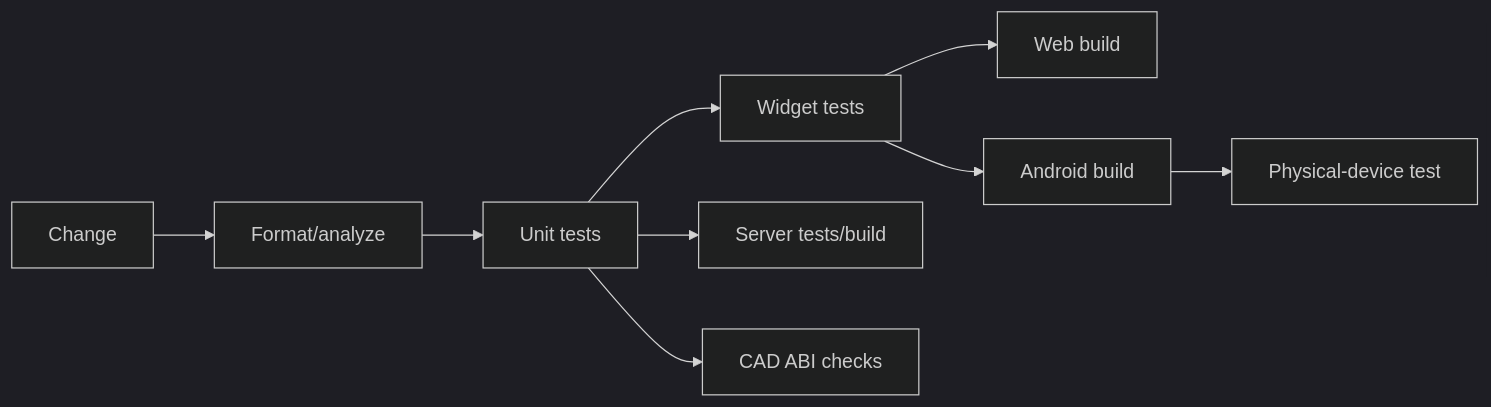
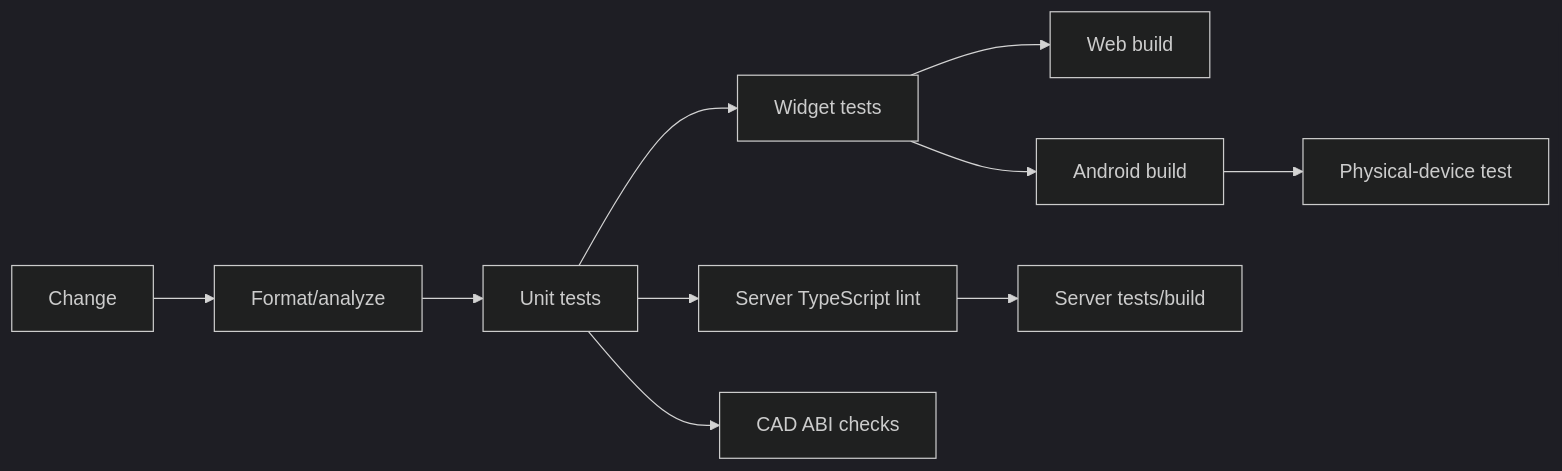
One commit to Omatsulijoshua/CADPILOT-AI changed the seventh of 10 diagrams in README.md. Above: the diagram before and after it, drawn with Mermaid (dark theme). The commit also changed other lines of this file and 5 other files, not shown here.

Commit message:
Activate backend TypeScript linting

````diff
--- a/README.md
+++ b/README.md
@@ -353,11 +354,12 @@
 ```mermaid
 flowchart LR
     CHANGE["Change"] --> FORMAT["Format/analyze"]
     FORMAT --> UNIT["Unit tests"]
     UNIT --> WIDGET["Widget tests"]
     WIDGET --> WEB["Web build"]
     WIDGET --> ANDROID["Android build"]
-    UNIT --> SERVER["Server tests/build"]
+    UNIT --> LINT["Server TypeScript lint"]
+    LINT --> SERVER["Server tests/build"]
     UNIT --> ABI["CAD ABI checks"]
     ANDROID --> DEVICE["Physical-device test"]
 ```
````
